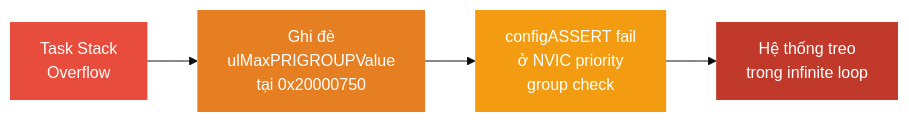
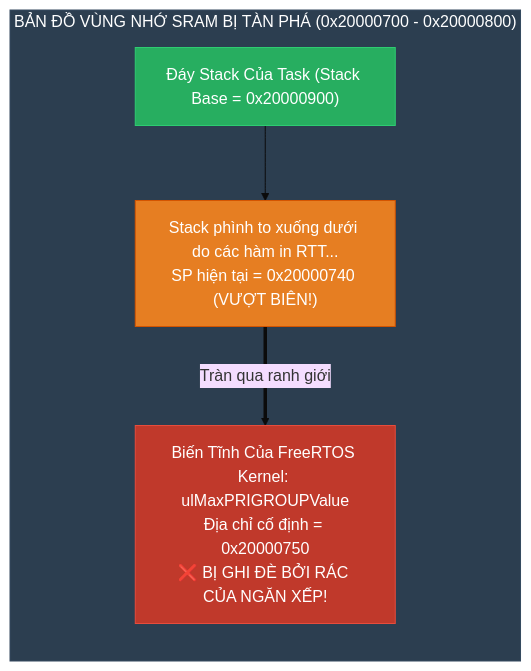
Before and after one commit to MinnT15/RTOS: the third of 3 diagrams in 15_Troubleshooting_and_Debug.md, drawn with Mermaid (base theme). The commit also changed other lines of this file and 1 other file, not shown here.

Commit message:
docs: upgrade Chapter 15 Troubleshooting and Debug to 100% textbook depth (Amos Ch17, Barry Ch11/12, Ozone, configASSERT & SystemView)

````diff
--- a/15_Troubleshooting_and_Debug.md
+++ b/15_Troubleshooting_and_Debug.md
@@ -415,11 +351,17 @@
 ```mermaid
-flowchart LR
-    A["Task Stack<br/>Overflow"] --> B["Ghi đè<br/>ulMaxPRIGROUPValue<br/>tại 0x20000750"]
-    B --> C["configASSERT fail<br/>ở NVIC priority<br/>group check"]
-    C --> D["Hệ thống treo<br/>trong infinite loop"]
+graph TD
+    subgraph RAM_MAP ["BẢN ĐỒ VÙNG NHỚ SRAM BỊ TÀN PHÁ (0x20000700 - 0x20000800)"]
+        direction TB
+        STACK_BASE["Đáy Stack Của Task (Stack Base = 0x20000900)"]
+        STACK_GROW["Stack phình to xuống dưới do các hàm in RTT...<br/>SP hiện tại = 0x20000740 (VƯỢT BIÊN!)"]
+        CORRUPTED["Biến Tĩnh Của FreeRTOS Kernel: ulMaxPRIGROUPValue<br/>Địa chỉ cố định = 0x20000750<br/>❌ BỊ GHI ĐÈ BỞI RÁC CỦA NGĂN XẾP!"]
+        
+        STACK_BASE --> STACK_GROW
+        STACK_GROW ==>|Tràn qua ranh giới| CORRUPTED
+    end
 
-    style A fill:#e74c3c,color:#fff,stroke:none
-    style B fill:#e67e22,color:#fff,stroke:none
-    style C fill:#f39c12,color:#fff,stroke:none
-    style D fill:#c0392b,color:#fff,stroke:none
+    style RAM_MAP fill:#2c3e50,stroke:#34495e,color:#fff
+    style STACK_BASE fill:#27ae60,stroke:#2ecc71,color:#fff
+    style STACK_GROW fill:#e67e22,stroke:#d35400,color:#fff
+    style CORRUPTED fill:#c0392b,stroke:#e74c3c,color:#fff
 ```
````
